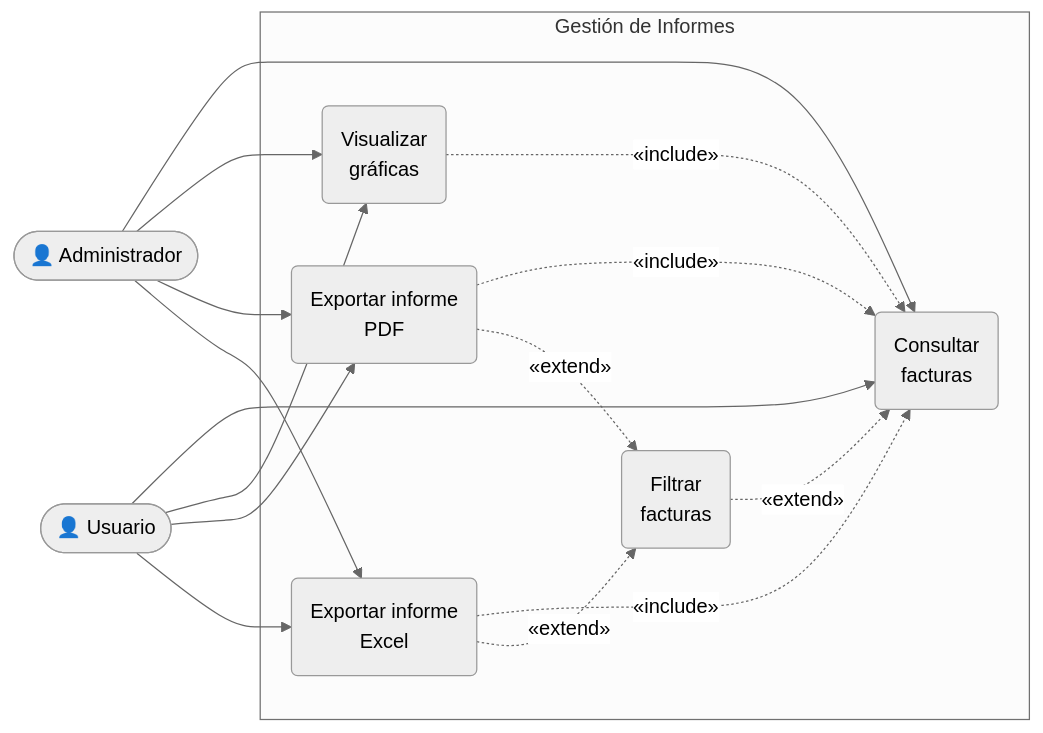
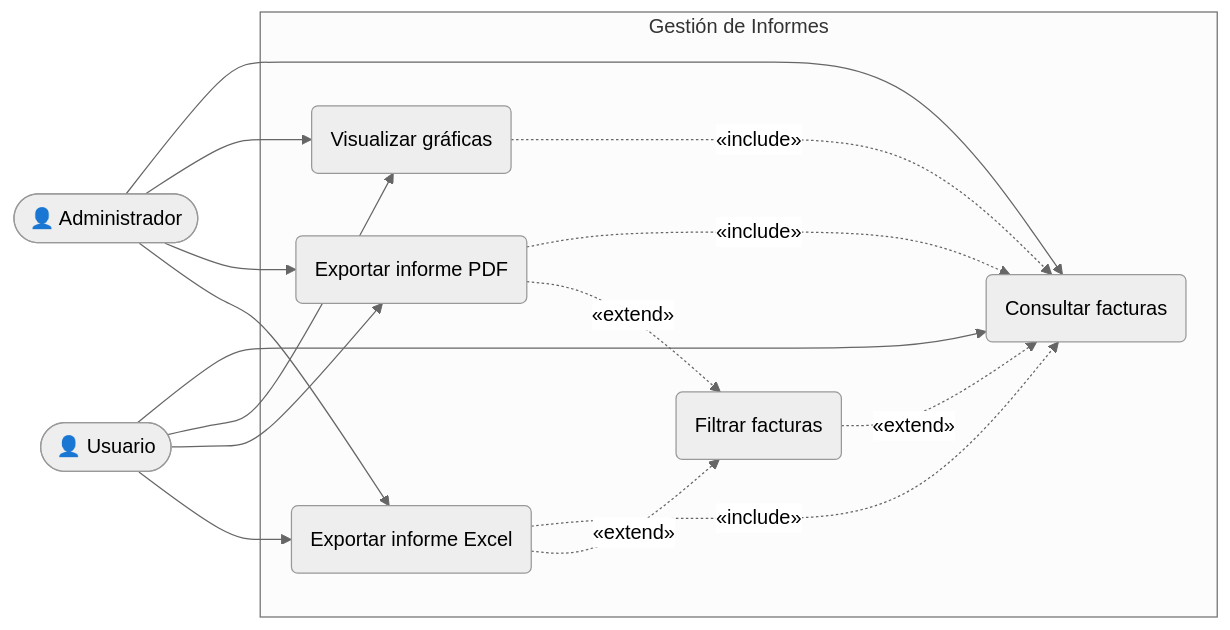
One commit to danielalvarezm527/Zentrix changed the second of 3 diagrams in docs/09-comportamiento-casos-de-uso.md. Above: the diagram before and after it, drawn with Mermaid (neutral theme). The commit also changed other lines of this file and 2 other files, not shown here.

````diff
--- a/docs/09-comportamiento-casos-de-uso.md
+++ b/docs/09-comportamiento-casos-de-uso.md
@@ -50,29 +50,29 @@
 ```mermaid
 graph LR
     Admin(["👤 Administrador"])
     User(["👤 Usuario"])
 
     subgraph GI["Gestión de Informes"]
-        CF("Consultar\nfacturas")
-        FF("Filtrar\nfacturas")
-        VG("Visualizar\ngráficas")
-        EP("Exportar informe\nPDF")
-        EE("Exportar informe\nExcel")
+        CF("Consultar facturas")
+        FF("Filtrar facturas")
+        VG("Visualizar gráficas")
+        EP("Exportar informe PDF")
+        EE("Exportar informe Excel")
     end
 
     Admin --> CF
     Admin --> VG
     Admin --> EP
     Admin --> EE
     User  --> CF
     User  --> VG
     User  --> EP
     User  --> EE
 
     FF -. "«extend»"  .-> CF
     VG -. "«include»" .-> CF
     EP -. "«include»" .-> CF
     EE -. "«include»" .-> CF
     EP -. "«extend»"  .-> FF
     EE -. "«extend»"  .-> FF
 ```
````
